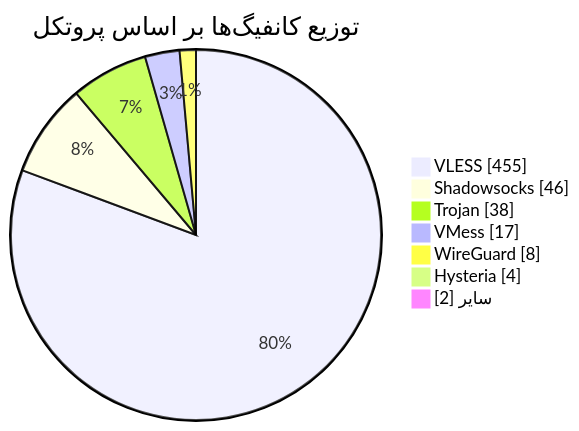
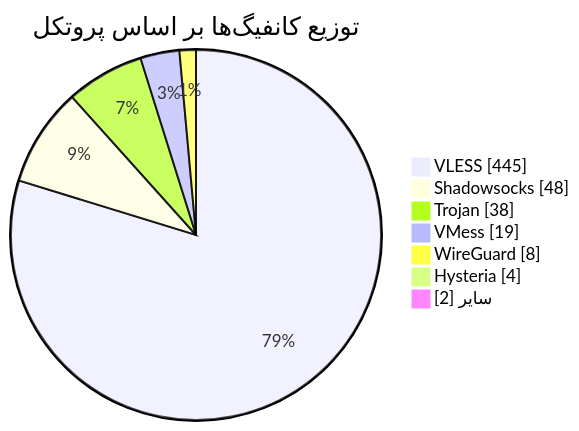
The diagram in README.md (Arian-Alijani/Somthing), drawn with Mermaid before and after one commit. The commit also changed other lines of this file and 87 other files, not shown here.

````diff
--- a/README.md
+++ b/README.md
@@ -49,11 +49,11 @@
 ```mermaid
 pie showData
     title توزیع کانفیگ‌ها بر اساس پروتکل
-    "VLESS" : 455
-    "Shadowsocks" : 46
+    "VLESS" : 445
+    "Shadowsocks" : 48
     "Trojan" : 38
-    "VMess" : 17
+    "VMess" : 19
     "WireGuard" : 8
     "Hysteria" : 4
     "سایر" : 2
 ```
````
